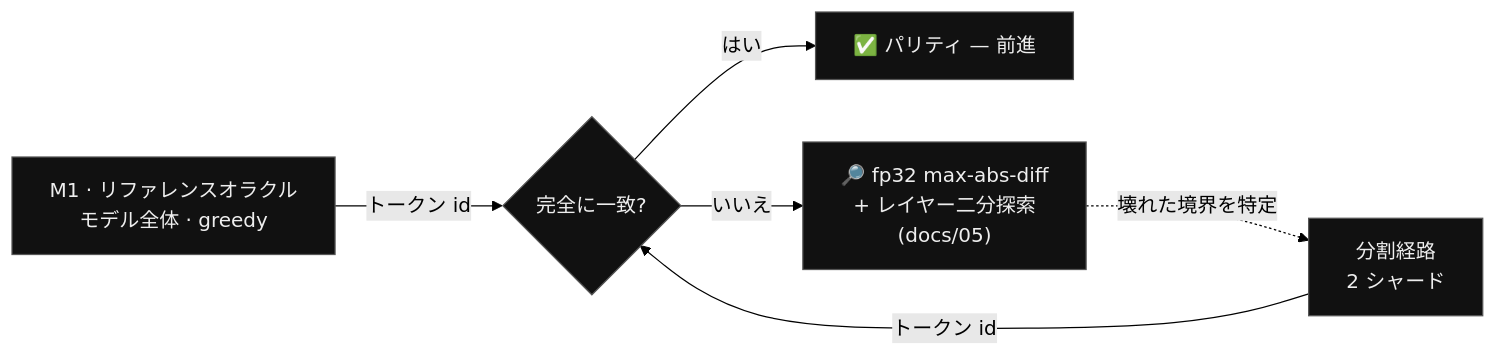
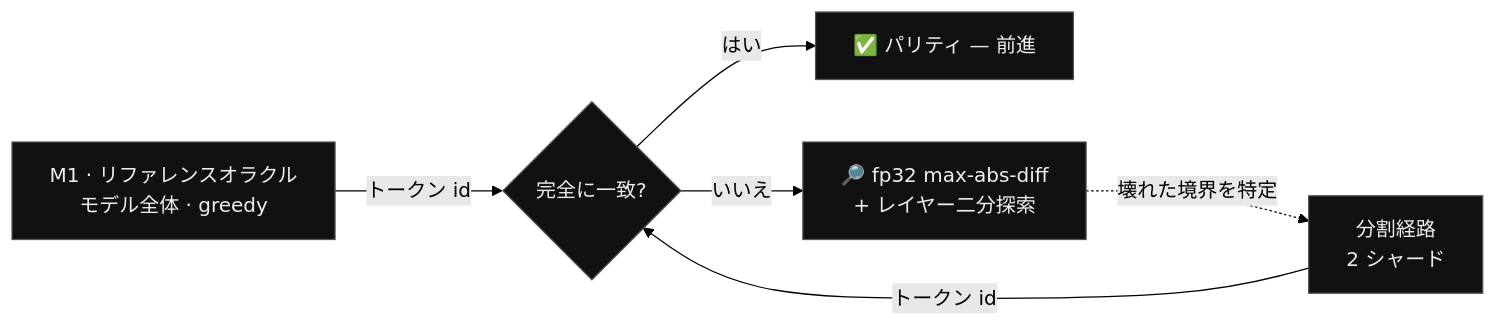
One commit to TaewoooPark/DRIFT changed the fourth of 4 diagrams in README.ja.md. Above: the diagram before and after it, drawn with Mermaid (forest theme). The commit also changed other lines of this file and 5 other files, not shown here.

````diff
--- a/README.ja.md
+++ b/README.ja.md
@@ -251,10 +251,10 @@
 ```mermaid
 flowchart LR
     M1["M1 · リファレンスオラクル<br/>モデル全体 · greedy"] -->|トークン id| GATE{"完全に一致?"}
     SPLIT["分割経路<br/>2 シャード"] -->|トークン id| GATE
     GATE -->|はい| PASS["✅ パリティ — 前進"]
-    GATE -->|いいえ| BISECT["🔎 fp32 max-abs-diff<br/>+ レイヤー二分探索<br/>(docs/05)"]
+    GATE -->|いいえ| BISECT["🔎 fp32 max-abs-diff<br/>+ レイヤー二分探索"]
     BISECT -.->|壊れた境界を特定| SPLIT
     classDef n fill:#111,stroke:#555,color:#eee;
     class M1,SPLIT,GATE,PASS,BISECT n;
 ```
````
